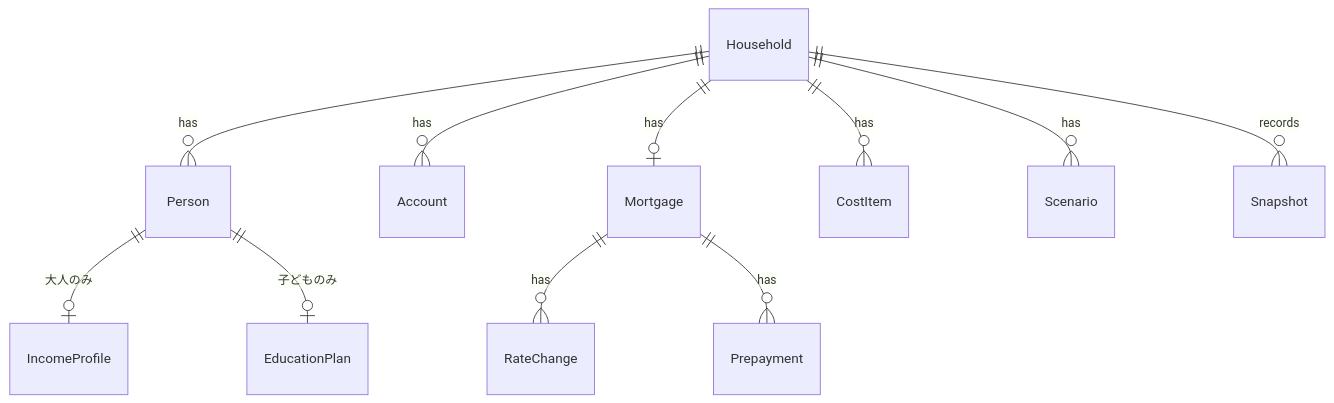
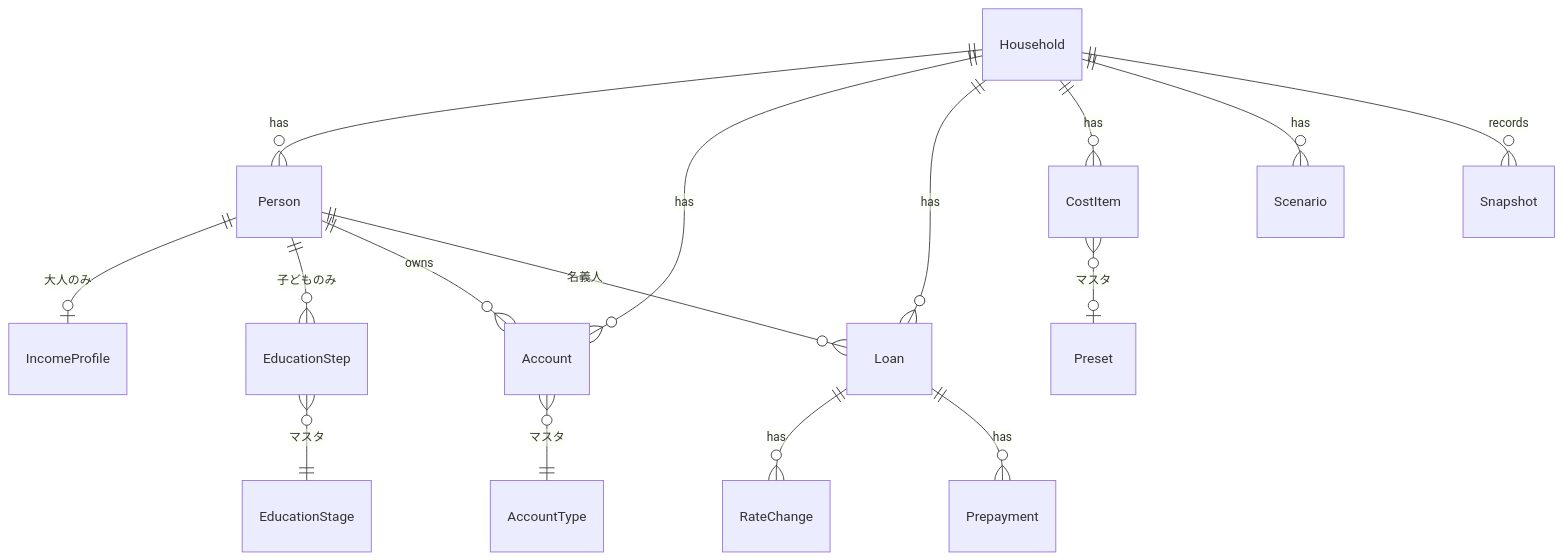
The diagram in docs/03_domain_model.md (omomukisd/ourlifeplanning), drawn with Mermaid before and after one commit. The commit also changed other lines of this file and 1 other file, not shown here.

````diff
--- a/docs/03_domain_model.md
+++ b/docs/03_domain_model.md
@@ -17,13 +18,18 @@
 ```mermaid
 erDiagram
   Household ||--o{ Person : has
   Household ||--o{ Account : has
-  Household ||--o| Mortgage : has
+  Household ||--o{ Loan : has
   Household ||--o{ CostItem : has
   Household ||--o{ Scenario : has
   Household ||--o{ Snapshot : records
   Person ||--o| IncomeProfile : "大人のみ"
-  Person ||--o| EducationPlan : "子どものみ"
-  Mortgage ||--o{ RateChange : has
-  Mortgage ||--o{ Prepayment : has
+  Person ||--o{ EducationStep : "子どものみ"
+  Person ||--o{ Account : owns
+  Person ||--o{ Loan : "名義人"
+  Loan ||--o{ RateChange : has
+  Loan ||--o{ Prepayment : has
+  Account }o--|| AccountType : "マスタ"
+  EducationStep }o--|| EducationStage : "マスタ"
+  CostItem }o--o| Preset : "マスタ"
 ```
````
